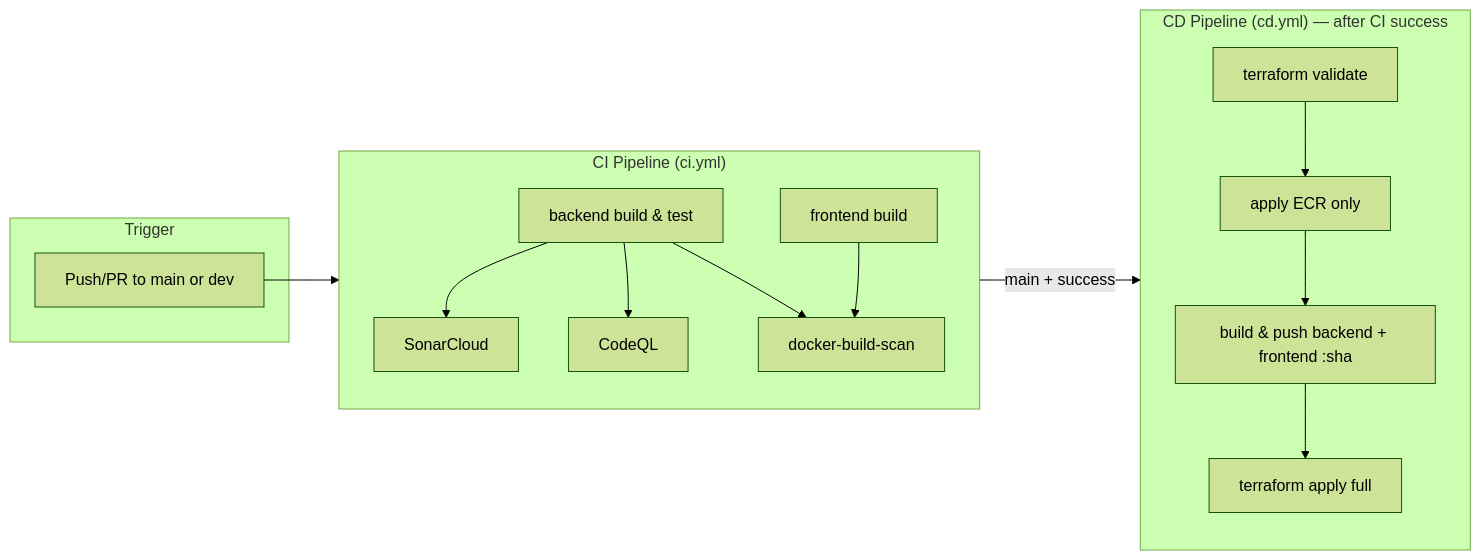
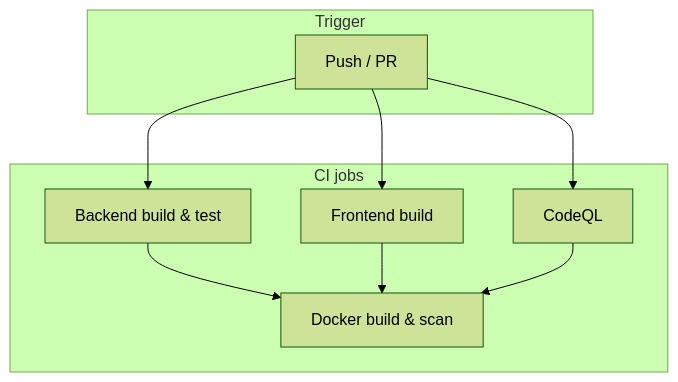
One commit to AmaliTech-Training-Academy/NSP_25_26_Team_5 changed the third of 8 diagrams in devops/README.md. Above: the diagram before and after it, drawn with Mermaid (forest theme). The commit also changed other lines of this file and 2 other files, not shown here.

Commit message:
documentation: readme.md files for devops setup, terraform infrastructure  and environment

````diff
--- a/devops/README.md
+++ b/devops/README.md
@@ -118,29 +99,18 @@
 ```mermaid
-flowchart LR
+flowchart TB
   subgraph trigger["Trigger"]
-    P[Push/PR to main or dev]
+    P[Push / PR]
   end
-
-  subgraph ci["CI Pipeline (ci.yml)"]
-    B[backend build & test]
-    F[frontend build]
-    S[SonarCloud]
+  subgraph jobs["CI jobs"]
+    B[Backend build & test]
+    F[Frontend build]
     Q[CodeQL]
-    D[docker-build-scan]
-    B --> S
-    B --> Q
-    B --> D
-    F --> D
+    D[Docker build & scan]
   end
-
-  subgraph cd["CD Pipeline (cd.yml) — after CI success"]
-    V[terraform validate]
-    E[apply ECR only]
-    I[build & push backend + frontend :sha]
-    A[terraform apply full]
-    V --> E --> I --> A
-  end
-
-  P --> ci
-  ci -->|"main + success"| cd
+  P --> B
+  P --> F
+  P --> Q
+  B --> D
+  F --> D
+  Q --> D
 ```
````
